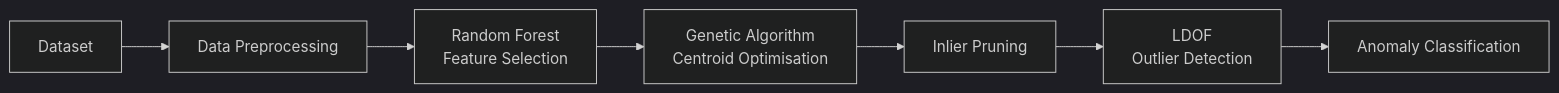
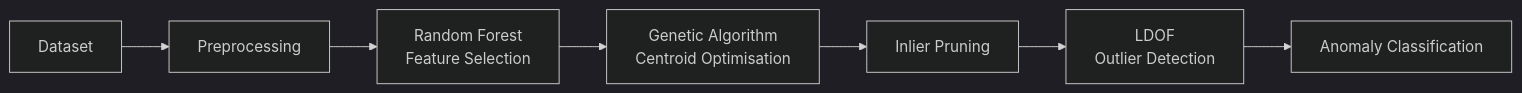
Before and after one commit to Tomnowell/tomnowell.github.io: the diagram in _posts/2026-10-20-Exploring-Machine-Learning-for-Network-Anomaly-Detection.md, drawn with Mermaid (dark theme). The commit also changed 8 other files, not shown here.

Commit message:
Make mermaid chart larger & change favicon

````diff
--- a/_posts/2026-10-20-Exploring-Machine-Learning-for-Network-Anomaly-Detection.md
+++ b/_posts/2026-10-20-Exploring-Machine-Learning-for-Network-Anomaly-Detection.md
@@ -58,9 +58,9 @@
 ```mermaid
 flowchart LR;
-    A["Dataset"] --> B["Data Preprocessing"];
+    A["Dataset"] --> B["Preprocessing"];
     B --> C["Random Forest<br/>Feature Selection"];
     C --> D["Genetic Algorithm<br/>Centroid Optimisation"];
     D --> E["Inlier Pruning"];
     E --> F["LDOF<br/>Outlier Detection"];
     F --> G["Anomaly Classification"];
 ```
````
